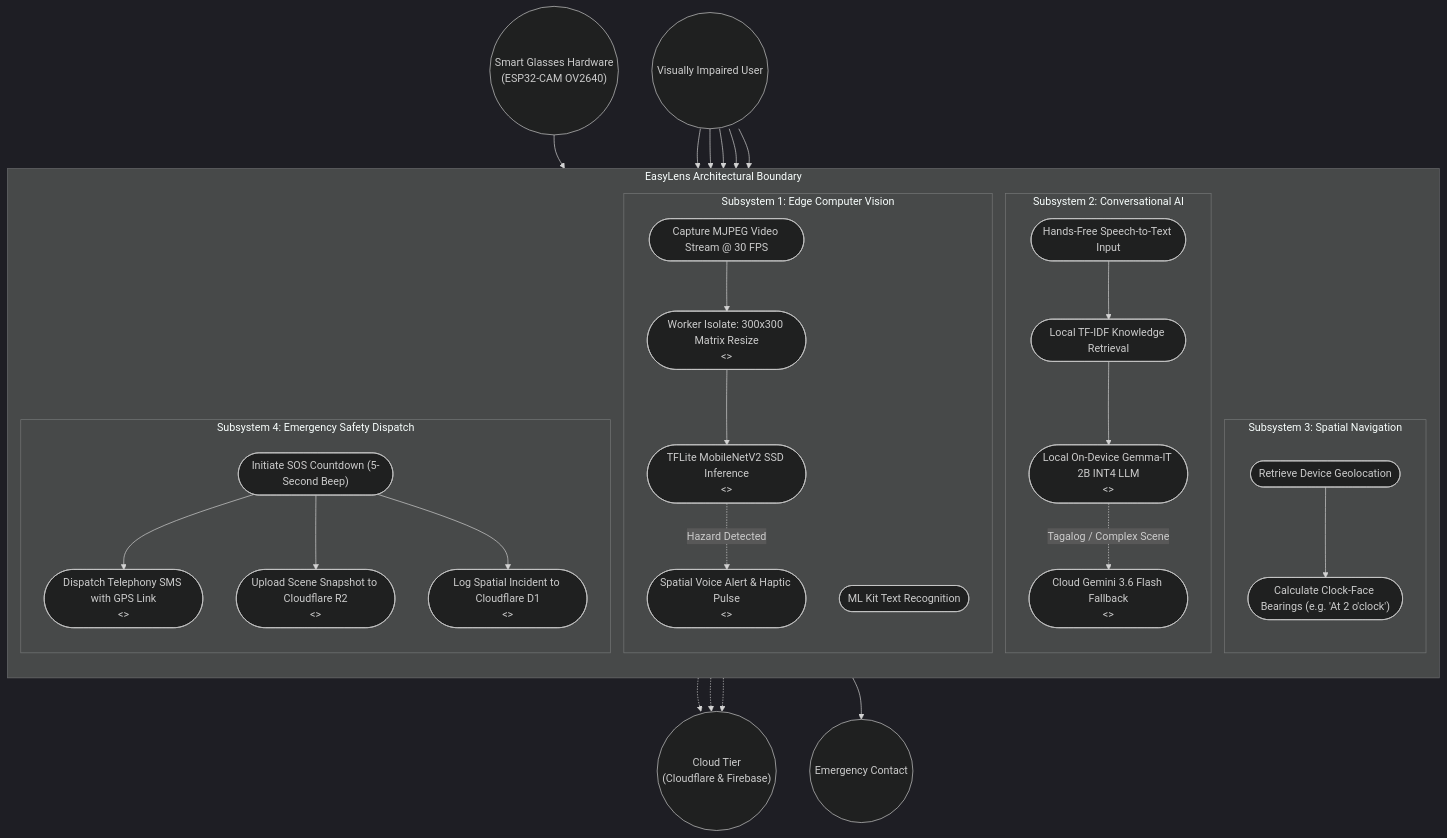
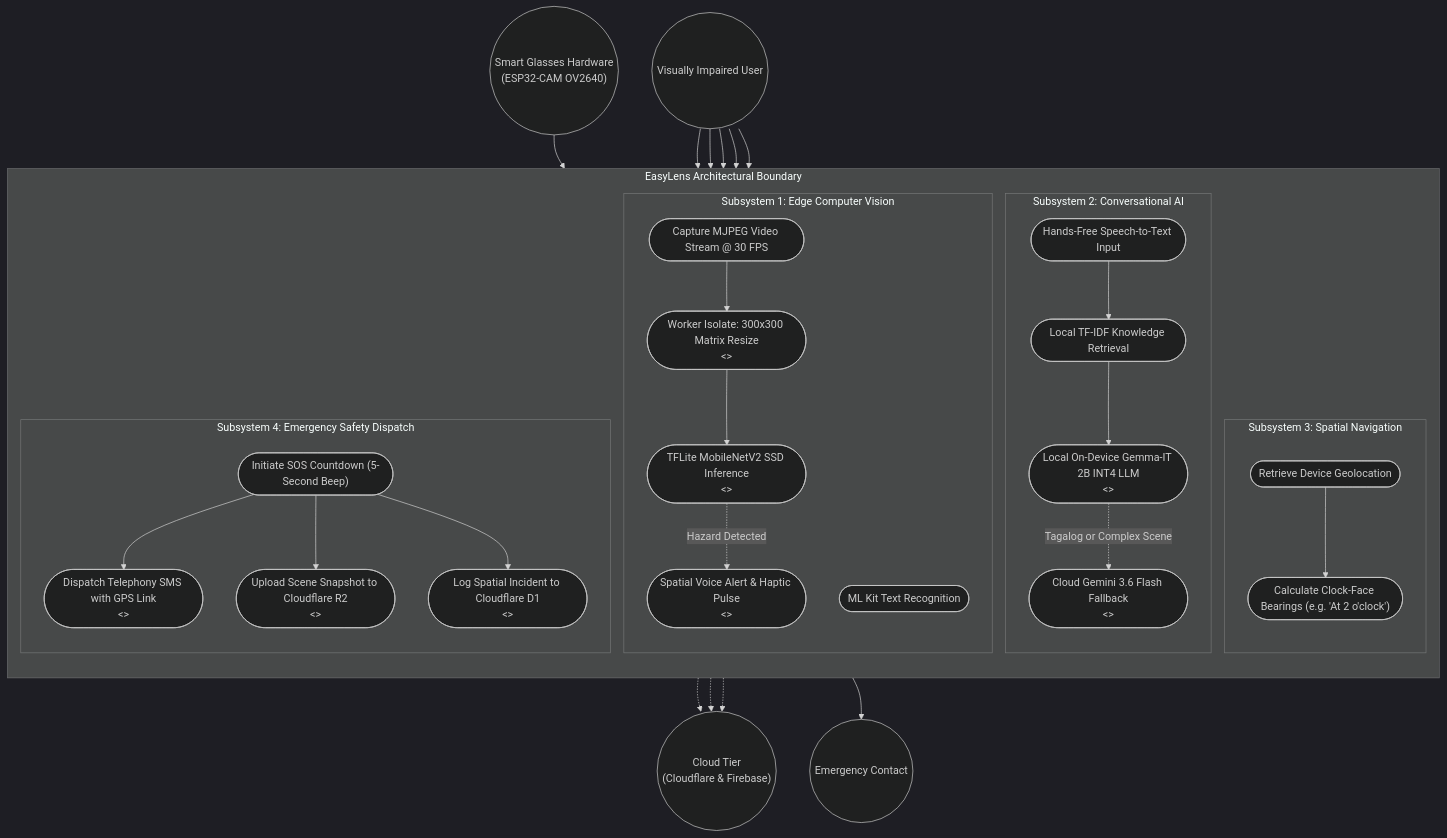
One commit to Thes-IS-IT/Easylens changed the second of 2 diagrams in docs/figures/08_appendix_d_use_case_diagrams.md. Above: the diagram before and after it, drawn with Mermaid (dark theme). The commit also changed 4 other files, not shown here.

Commit message:
fix(docs): resolve Mermaid syntax errors and unquoted edge labels across figures markdown documentation

````diff
--- a/docs/figures/08_appendix_d_use_case_diagrams.md
+++ b/docs/figures/08_appendix_d_use_case_diagrams.md
@@ -71,67 +71,67 @@
 ```mermaid
 flowchart TD
     USER(("Visually Impaired User"))
     GLASSES(("Smart Glasses Hardware\n(ESP32-CAM OV2640)"))
     CLOUD(("Cloud Tier\n(Cloudflare & Firebase)"))
     CONTACT(("Emergency Contact"))
 
     subgraph SYSTEM_DETAILED ["EasyLens Architectural Boundary"]
         direction TB
 
         subgraph SUB_PERCEPTION ["Subsystem 1: Edge Computer Vision"]
             UC_STREAM(["Capture MJPEG Video Stream @ 30 FPS"])
             UC_ISOLATE(["Worker Isolate: 300x300 Matrix Resize\n<<include>>"])
             UC_DETECT(["TFLite MobileNetV2 SSD Inference\n<<include>>"])
             UC_OCR(["ML Kit Text Recognition"])
             UC_ALERT(["Spatial Voice Alert & Haptic Pulse\n<<extend>>"])
         end
 
         subgraph SUB_CONVERSATIONAL ["Subsystem 2: Conversational AI"]
             UC_VOICE(["Hands-Free Speech-to-Text Input"])
             UC_GEMMA(["Local On-Device Gemma-IT 2B INT4 LLM\n<<include>>"])
             UC_GEMINI(["Cloud Gemini 3.6 Flash Fallback\n<<extend>>"])
             UC_RAG(["Local TF-IDF Knowledge Retrieval"])
         end
 
         subgraph SUB_NAV ["Subsystem 3: Spatial Navigation"]
             UC_GPS(["Retrieve Device Geolocation"])
             UC_CLOCK(["Calculate Clock-Face Bearings (e.g. 'At 2 o'clock')"])
         end
 
         subgraph SUB_SOS ["Subsystem 4: Emergency Safety Dispatch"]
             UC_SOS_INIT(["Initiate SOS Countdown (5-Second Beep)"])
             UC_SMS(["Dispatch Telephony SMS with GPS Link\n<<include>>"])
             UC_R2_UPLOAD(["Upload Scene Snapshot to Cloudflare R2\n<<include>>"])
             UC_D1_LOG(["Log Spatial Incident to Cloudflare D1\n<<include>>"])
         end
     end
 
     %% Hardware & User Triggers
     GLASSES --> UC_STREAM
     USER --> UC_STREAM
     USER --> UC_OCR
     USER --> UC_VOICE
     USER --> UC_GPS
     USER --> UC_SOS_INIT
 
     %% Subsystem Inclusions & Extensions
     UC_STREAM --> UC_ISOLATE
     UC_ISOLATE --> UC_DETECT
     UC_DETECT -.->|Hazard Detected| UC_ALERT
 
     UC_VOICE --> UC_RAG
     UC_RAG --> UC_GEMMA
-    UC_GEMMA -.->|Tagalog / Complex Scene| UC_GEMINI
+    UC_GEMMA -.->|"Tagalog or Complex Scene"| UC_GEMINI
 
     UC_GPS --> UC_CLOCK
 
     UC_SOS_INIT --> UC_SMS
     UC_SOS_INIT --> UC_R2_UPLOAD
     UC_SOS_INIT --> UC_D1_LOG
 
     %% Cloud & External Actor Interactions
     UC_GEMINI -.-> CLOUD
     UC_R2_UPLOAD -.-> CLOUD
     UC_D1_LOG -.-> CLOUD
     UC_SMS --> CONTACT
 ```
````
